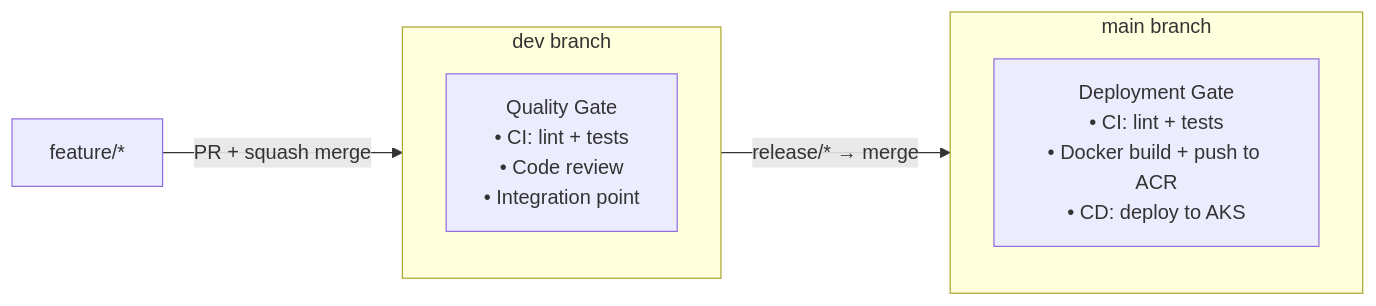
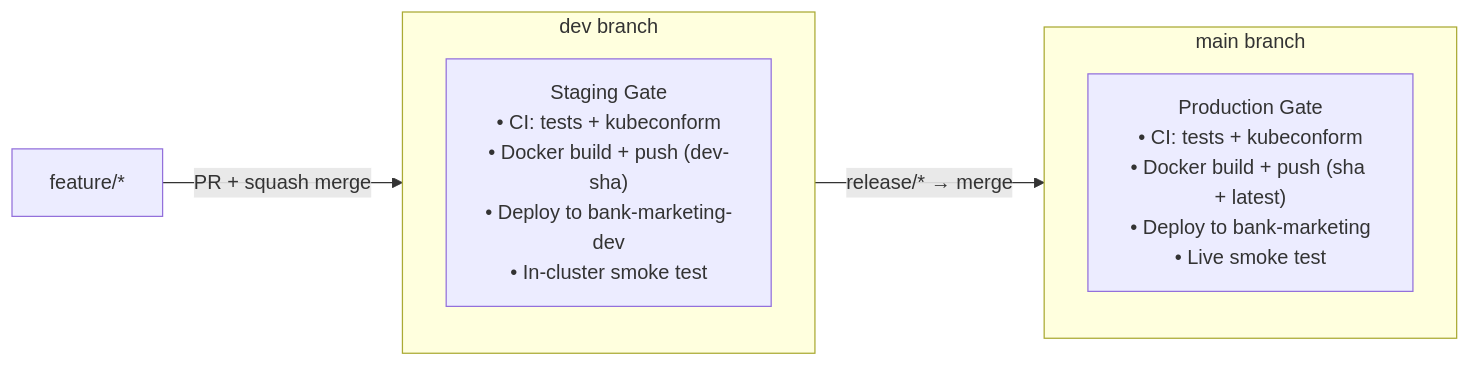
Before and after one commit to Annemarie-Bester/marketing-model-mlops-azure: the second of 4 diagrams in docs/git-workflow.md, drawn with Mermaid. The commit also changed other lines of this file and 6 other files, not shown here.

````diff
--- a/docs/git-workflow.md
+++ b/docs/git-workflow.md
@@ -56,13 +54,13 @@
 ```mermaid
 flowchart LR
     subgraph dev["dev branch"]
-        D_GATE["Quality Gate\n• CI: lint + tests\n• Code review\n• Integration point"]
+        D_GATE["Staging Gate\n• CI: tests + kubeconform\n• Docker build + push (dev-sha)\n• Deploy to bank-marketing-dev\n• In-cluster smoke test"]
     end
 
     subgraph main["main branch"]
-        M_GATE["Deployment Gate\n• CI: lint + tests\n• Docker build + push to ACR\n• CD: deploy to AKS"]
+        M_GATE["Production Gate\n• CI: tests + kubeconform\n• Docker build + push (sha + latest)\n• Deploy to bank-marketing\n• Live smoke test"]
     end
 
     feature["feature/*"] -->|"PR + squash merge"| dev
     dev -->|"release/* → merge"| main
 ```
````
